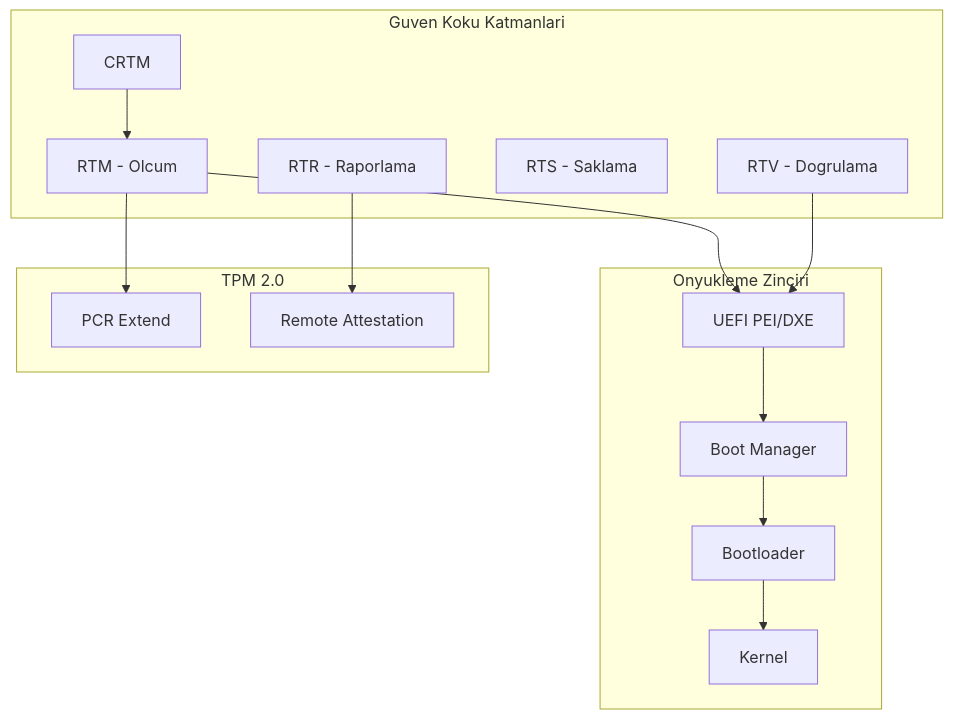
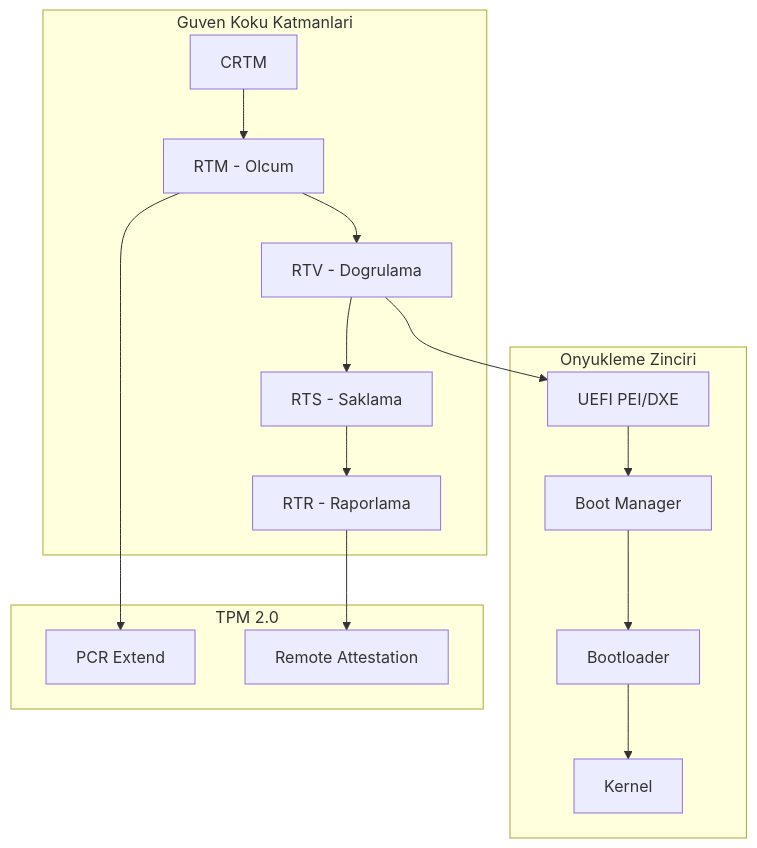
The diagram in src/content/docs/03-donanim-guvenligi/01-cip-ve-firmware-guvenligi.md (yusufarbc/Siber-Guvenlik-Rehberi), drawn with Mermaid before and after one commit. The commit also changed 13 other files, not shown here.

First line of the commit message:
Mermaid diyagramlarındaki yapısal sorunları düzelt, kalabalık olanları sadeleştir

````diff
--- a/src/content/docs/03-donanim-guvenligi/01-cip-ve-firmware-guvenligi.md
+++ b/src/content/docs/03-donanim-guvenligi/01-cip-ve-firmware-guvenligi.md
@@ -42,24 +42,24 @@
 ```mermaid
 flowchart TB
   subgraph RoT["Guven Koku Katmanlari"]
     CRTM2["CRTM"]
     RTM["RTM - Olcum"]
     RTV["RTV - Dogrulama"]
     RTS["RTS - Saklama"]
     RTR["RTR - Raporlama"]
   end
   subgraph Boot["Onyukleme Zinciri"]
     UEFI["UEFI PEI/DXE"]
     BM["Boot Manager"]
     BL["Bootloader"]
     KERN["Kernel"]
   end
   subgraph TPM["TPM 2.0"]
     PCR["PCR Extend"]
     QUOTE["Remote Attestation"]
   end
-  CRTM2 --> RTM --> UEFI --> BM --> BL --> KERN
+  CRTM2 --> RTM --> RTV --> RTS --> RTR
   RTM --> PCR
-  RTV --> UEFI
+  RTV --> UEFI --> BM --> BL --> KERN
   RTR --> QUOTE
 ```
````
